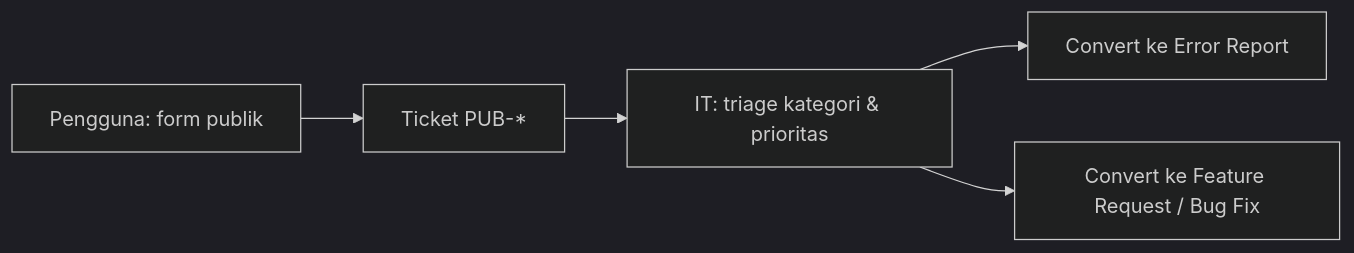
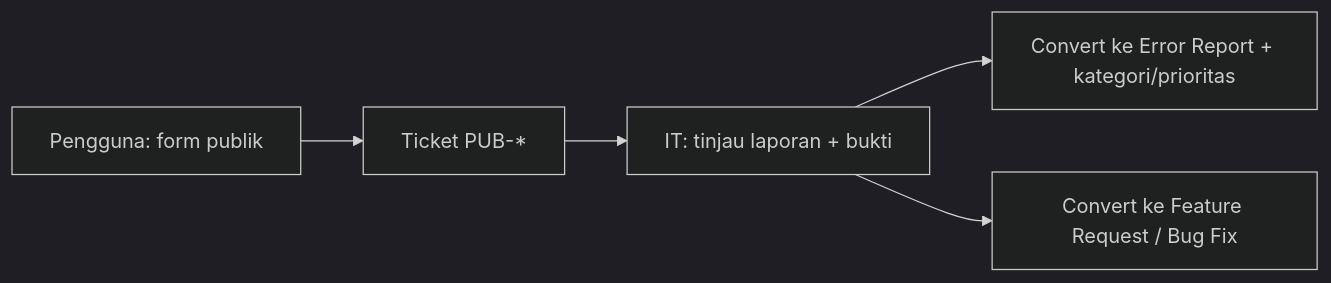
One commit to Reyner8/frontend-ticketing-IT changed the diagram in src/app/PUBLIC_FORM_README.md. Above: the diagram before and after it, drawn with Mermaid (dark theme). The commit also changed other lines of this file and 4 other files, not shown here.

First line of the commit message:
Remove IT triage panel to follow backend convert-only flow

````diff
--- a/src/app/PUBLIC_FORM_README.md
+++ b/src/app/PUBLIC_FORM_README.md
@@ -26,7 +26,7 @@
 ```mermaid
 flowchart LR
     A[Pengguna: form publik] --> B[Ticket PUB-*]
-    B --> C[IT: triage kategori & prioritas]
-    C --> D[Convert ke Error Report]
+    B --> C[IT: tinjau laporan + bukti]
+    C --> D[Convert ke Error Report + kategori/prioritas]
     C --> E[Convert ke Feature Request / Bug Fix]
 ```
````
